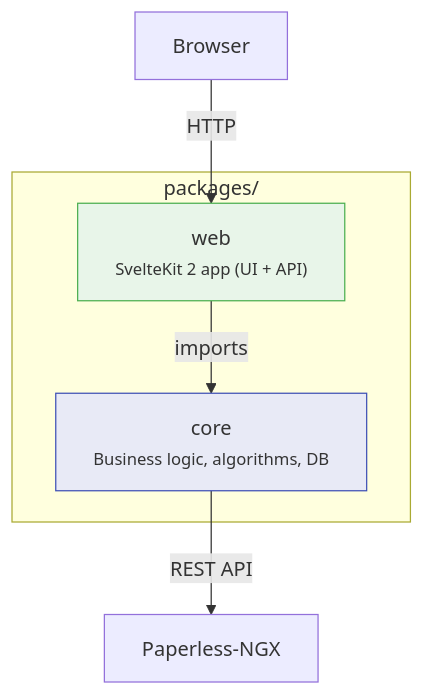
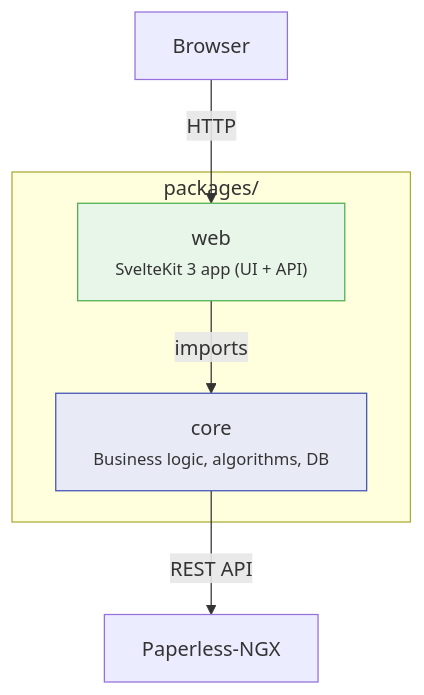
The first of 5 diagrams in docs/architecture.md (rknightion/paperless-ngx-dedupe), drawn with Mermaid before and after one commit. The commit also changed other lines of this file and 32 other files, not shown here.

````diff
--- a/docs/architecture.md
+++ b/docs/architecture.md
@@ -12,18 +12,18 @@
 ```mermaid
 graph TD
     subgraph "packages/"
         Core["core<br/><small>Business logic, algorithms, DB</small>"]
-        Web["web<br/><small>SvelteKit 2 app (UI + API)</small>"]
+        Web["web<br/><small>SvelteKit 3 app (UI + API)</small>"]
     end
 
     Web -->|"imports"| Core
 
     Paperless["Paperless-NGX"]
     Browser["Browser"]
 
     Browser -->|"HTTP"| Web
     Core -->|"REST API"| Paperless
 
     style Core fill:#e8eaf6,stroke:#3f51b5
     style Web fill:#e8f5e9,stroke:#4caf50
 ```
````
